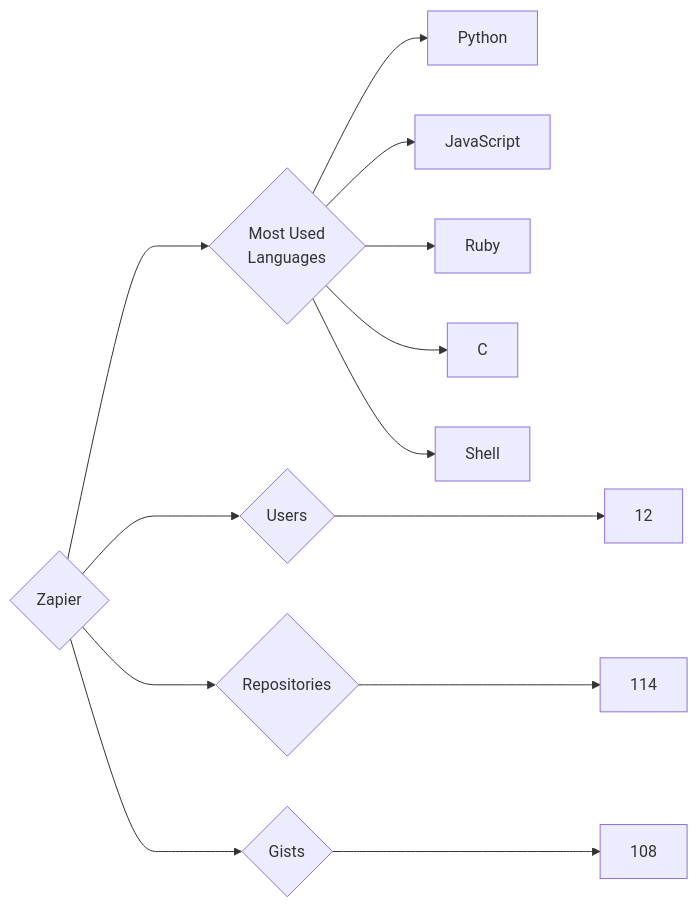
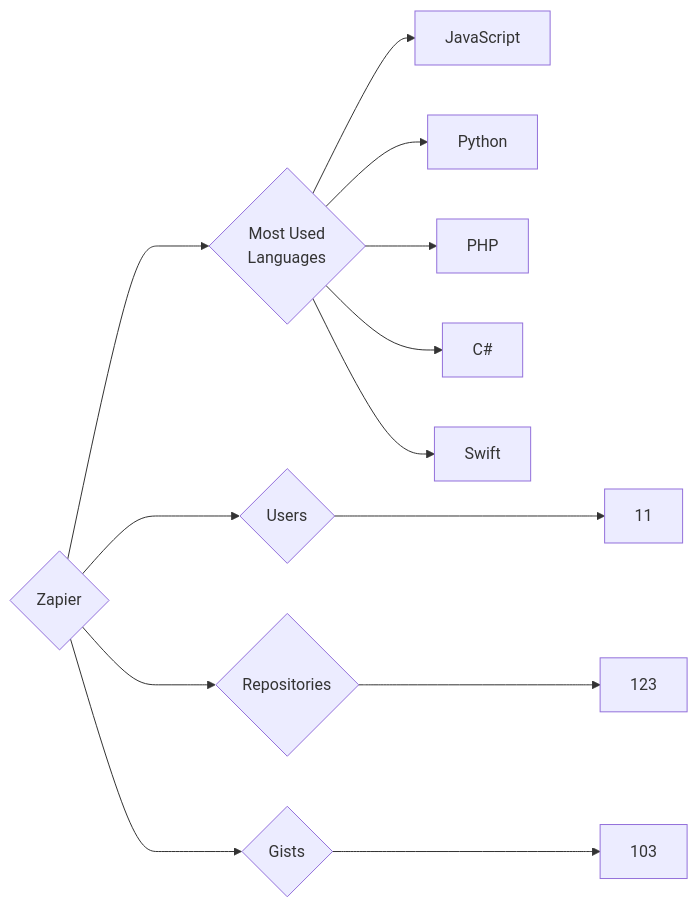
The diagram in targets/Zapier/README.md (trickest/insiders), drawn with Mermaid before and after one commit. The commit also changed 1508 other files, not shown here.

````diff
--- a/targets/Zapier/README.md
+++ b/targets/Zapier/README.md
@@ -3,13 +3,13 @@
 ```mermaid
 graph LR
 COMPANY_NAME{Zapier}
-COMPANY_NAME ---> U{Users} ---> UN[12]
-COMPANY_NAME ---> R{Repositories} ---> RN[114]
-COMPANY_NAME ---> G{Gists} ---> GN[108]
+COMPANY_NAME ---> U{Users} ---> UN[11]
+COMPANY_NAME ---> R{Repositories} ---> RN[123]
+COMPANY_NAME ---> G{Gists} ---> GN[103]
 COMPANY_NAME ---> ML{Most Used<br>Languages}
+ML --> JavaScript[JavaScript]
 ML --> Python[Python]
-ML --> JavaScript[JavaScript]
-ML --> Ruby[Ruby]
-ML --> C[C]
-ML --> Shell[Shell]
+ML --> PHP[PHP]
+ML --> C#[C#]
+ML --> Swift[Swift]
 ```
````
